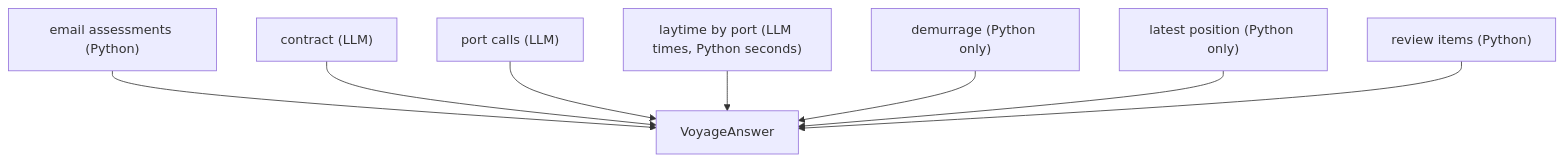
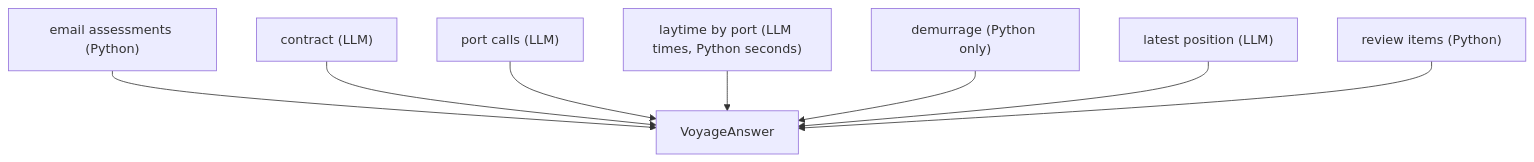
One commit to silviiaromanato/demurrage changed the fourth of 5 diagrams in ARCHITECTURE.md. Above: the diagram before and after it, drawn with Mermaid. The commit also changed other lines of this file and 23 other files, not shown here.

````diff
--- a/ARCHITECTURE.md
+++ b/ARCHITECTURE.md
@@ -258,10 +302,10 @@
 ```mermaid
 flowchart TD
     Assessments["email assessments (Python)"] --> VoyageAnswer
     Contract["contract (LLM)"] --> VoyageAnswer
     Calls["port calls (LLM)"] --> VoyageAnswer
     PortLaytime["laytime by port (LLM times, Python seconds)"] --> VoyageAnswer
     Demurrage["demurrage (Python only)"] --> VoyageAnswer
-    Position["latest position (Python only)"] --> VoyageAnswer
+    Position["latest position (LLM)"] --> VoyageAnswer
     Reviews["review items (Python)"] --> VoyageAnswer
 ```
````
